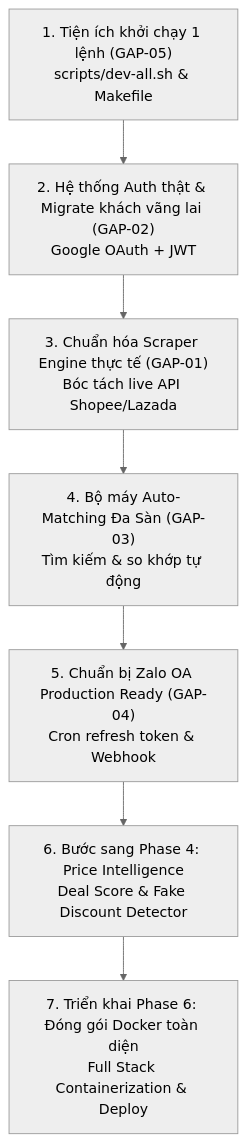
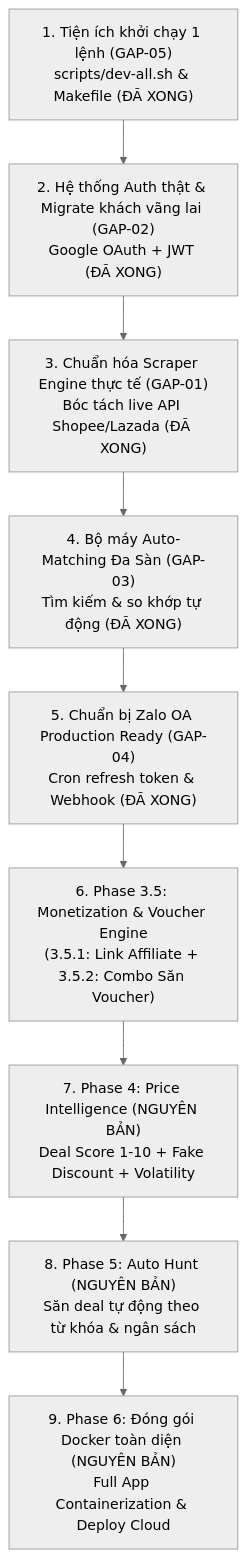
Before and after one commit to tiendn1408/dealhunter: the diagram in docs/plans/gap-resolution-and-foundation-completion.md, drawn with Mermaid (neutral theme). The commit also changed other lines of this file and 24 other files, not shown here.

First line of the commit message:
feat(zalo): implement Zalo webhook handling and token management

````diff
--- a/docs/plans/gap-resolution-and-foundation-completion.md
+++ b/docs/plans/gap-resolution-and-foundation-completion.md
@@ -153,17 +153,21 @@
 ```mermaid
 flowchart TD
-    Step1["1. Tiện ích khởi chạy 1 lệnh (GAP-05)<br/>scripts/dev-all.sh & Makefile"]
-    Step2["2. Hệ thống Auth thật & Migrate khách vãng lai (GAP-02)<br/>Google OAuth + JWT"]
-    Step3["3. Chuẩn hóa Scraper Engine thực tế (GAP-01)<br/>Bóc tách live API Shopee/Lazada"]
-    Step4["4. Bộ máy Auto-Matching Đa Sàn (GAP-03)<br/>Tìm kiếm & so khớp tự động"]
-    Step5["5. Chuẩn bị Zalo OA Production Ready (GAP-04)<br/>Cron refresh token & Webhook"]
-    Step6["6. Bước sang Phase 4: Price Intelligence<br/>Deal Score & Fake Discount Detector"]
-    Step7["7. Triển khai Phase 6: Đóng gói Docker toàn diện<br/>Full Stack Containerization & Deploy"]
+    Step1["1. Tiện ích khởi chạy 1 lệnh (GAP-05)<br/>scripts/dev-all.sh & Makefile (ĐÃ XONG)"]
+    Step2["2. Hệ thống Auth thật & Migrate khách vãng lai (GAP-02)<br/>Google OAuth + JWT (ĐÃ XONG)"]
+    Step3["3. Chuẩn hóa Scraper Engine thực tế (GAP-01)<br/>Bóc tách live API Shopee/Lazada (ĐÃ XONG)"]
+    Step4["4. Bộ máy Auto-Matching Đa Sàn (GAP-03)<br/>Tìm kiếm & so khớp tự động (ĐÃ XONG)"]
+    Step5["5. Chuẩn bị Zalo OA Production Ready (GAP-04)<br/>Cron refresh token & Webhook (ĐÃ XONG)"]
+    Step6["6. Phase 3.5: Monetization & Voucher Engine<br/>(3.5.1: Link Affiliate + 3.5.2: Combo Săn Voucher)"]
+    Step7["7. Phase 4: Price Intelligence (NGUYÊN BẢN)<br/>Deal Score 1-10 + Fake Discount + Volatility"]
+    Step8["8. Phase 5: Auto Hunt (NGUYÊN BẢN)<br/>Săn deal tự động theo từ khóa & ngân sách"]
+    Step9["9. Phase 6: Đóng gói Docker toàn diện (NGUYÊN BẢN)<br/>Full App Containerization & Deploy Cloud"]
 
     Step1 --> Step2
     Step2 --> Step3
     Step3 --> Step4
     Step4 --> Step5
     Step5 --> Step6
     Step6 --> Step7
+    Step7 --> Step8
+    Step8 --> Step9
 ```
````
